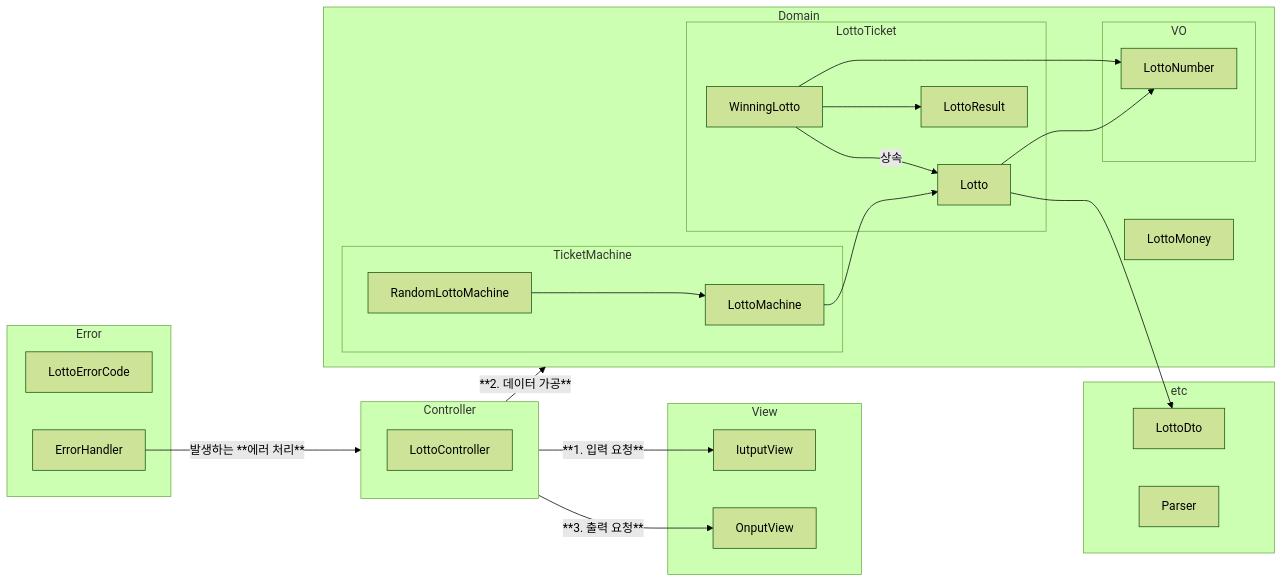
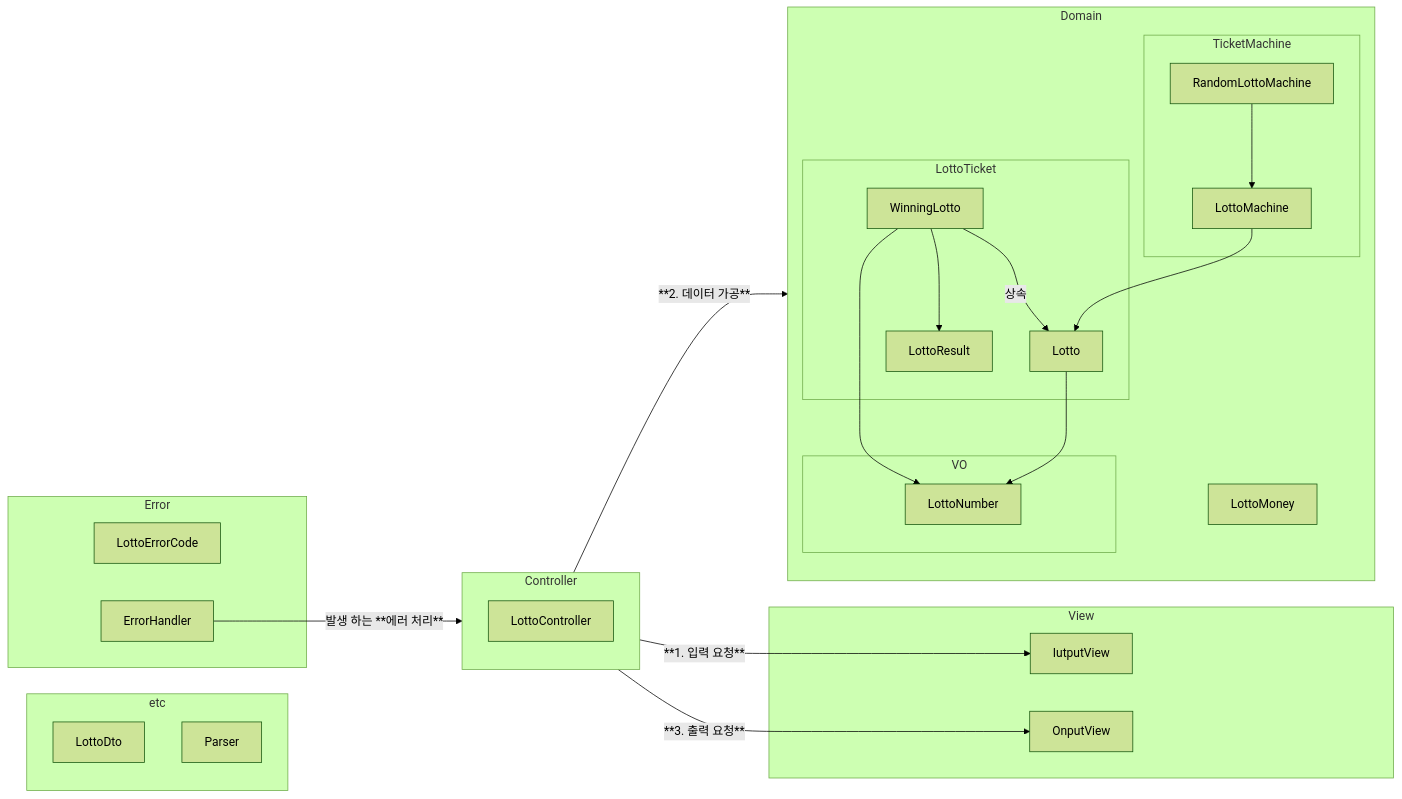
The diagram in README.md (bee9827/java-lotto-8), drawn with Mermaid (forest theme) before and after one commit. The commit also changed other lines of this file, not shown here.

````diff
--- a/README.md
+++ b/README.md
@@ -4,52 +4,49 @@
 ```mermaid
 graph LR
-  subgraph View
-    IV[IutputView]
-    OV[OnputView]
-  end
-
-  subgraph Controller
-    LC[LottoController]
-  end
-
-  subgraph Domain
-    subgraph LottoTicket
-      L[Lotto]
-      WL[WinningLotto]
-      LottoResult
+    subgraph View
+        IV[IutputView]
+        OV[OnputView]
     end
 
-    subgraph VO
-      LN[LottoNumber]
+    subgraph Controller
+        LC[LottoController]
     end
 
-    subgraph TicketMachine
-      LM[LottoMachine]
-      RLM[RandomLottoMachine]
+    subgraph Domain
+        subgraph LottoTicket
+            L[Lotto]
+            WL[WinningLotto]
+            LottoResult
+        end
+
+        subgraph VO
+            LN[LottoNumber]
+        end
+
+        subgraph TicketMachine
+            LM[LottoMachine]
+            RLM[RandomLottoMachine]
+        end
+
+        LMY[LottoMoney]
+    end
+    subgraph etc
+        LottoDto
+        Parser
+    end
+    subgraph Error
+        LottoErrorCode
+        ErrorHandler
     end
 
-    LMY[LottoMoney]
-  end
-  subgraph etc
-    LottoDto
-    Parser
-  end
-  subgraph Error
-    LottoErrorCode
-    ErrorHandler
-  end
-
-  Controller -- "**1. 입력 요청**" --> IV
-  Controller -- "**2. 데이터 가공**" --> Domain
-  Controller -- "**3. 출력 요청**" --> OV
-  ErrorHandler --"발생하는 **에러 처리**"--> Controller
-
-
-WL --"상속"--> L
-WL --> LN
-L --> LN
-L --> LottoDto
-RLM --> LM
-LM --> L
-WL --> LottoResult
+    Controller -- " **1. 입력 요청** " --> IV
+    Controller -- " **2. 데이터 가공** " --> Domain
+    Controller -- " **3. 출력 요청** " --> OV
+    ErrorHandler -- " 발생 하는 **에러 처리** " --> Controller
+    WL -- " 상속 " --> L
+    WL --> LN
+    L --> LN
+    RLM --> LM
+    LM --> L
+    WL --> LottoResult
 ```
````
